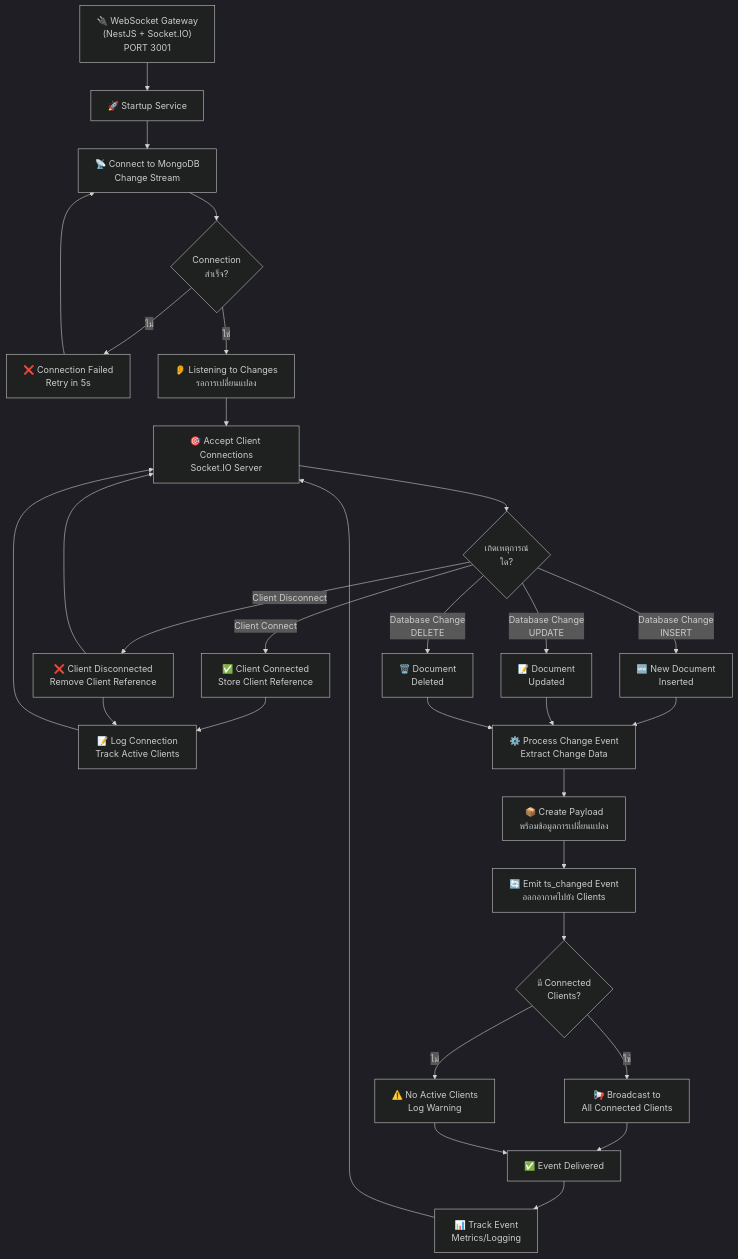
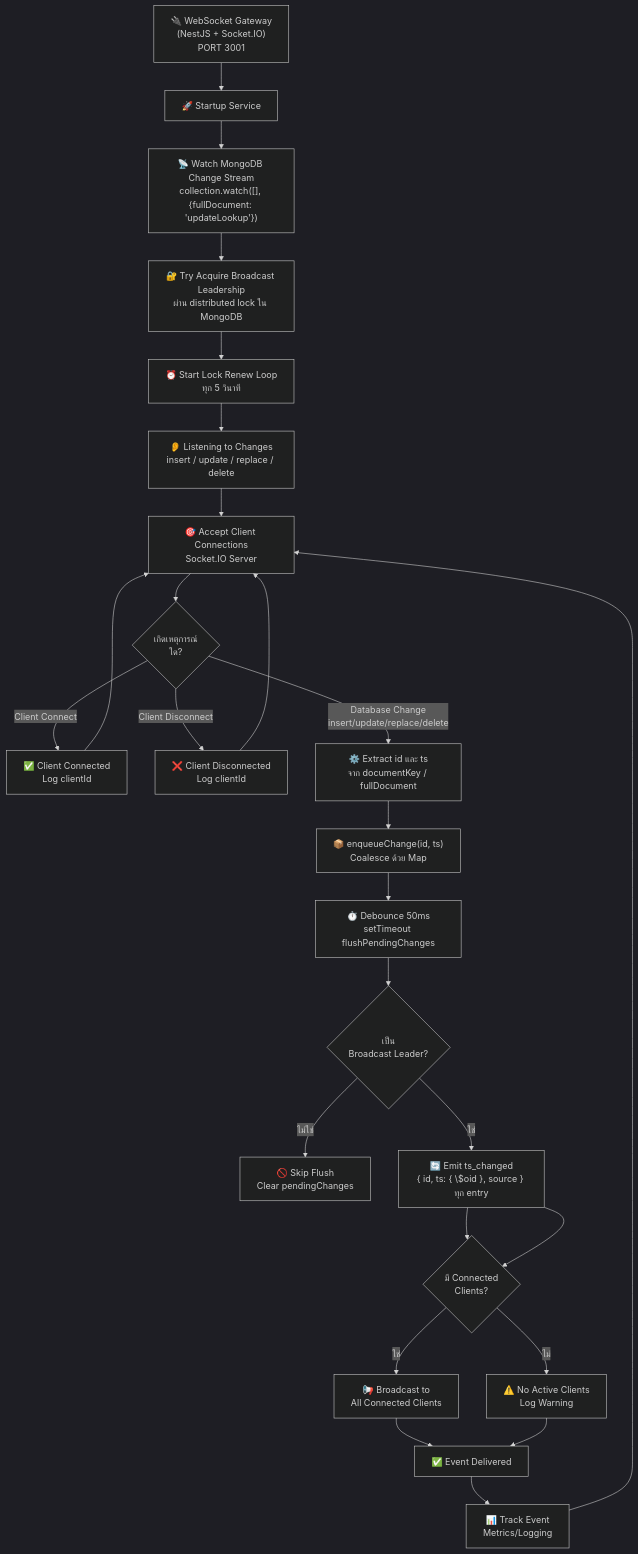
The second of 2 diagrams in websocket-gateway-service/ARCHITECTURE_DIAGRAMS.md (kanha-p-dev/realtime-event-system), drawn with Mermaid (dark theme) before and after one commit. The commit also changed other lines of this file and 6 other files, not shown here.

````diff
--- a/websocket-gateway-service/ARCHITECTURE_DIAGRAMS.md
+++ b/websocket-gateway-service/ARCHITECTURE_DIAGRAMS.md
@@ -57,44 +57,39 @@
 ```mermaid
 flowchart TD
     A["🔌 WebSocket Gateway<br/>(NestJS + Socket.IO)<br/>PORT 3001"] --> B["🚀 Startup Service"]
     
-    B --> C["📡 Connect to MongoDB<br/>Change Stream"]
-    C --> D{"Connection<br/>สำเร็จ?"}
-    
-    D -->|ไม่| E["❌ Connection Failed<br/>Retry in 5s"]
-    E --> C
-    
-    D -->|ใช่| F["👂 Listening to Changes<br/>รอการเปลี่ยนแปลง"]
+    B --> C["📡 Watch MongoDB Change Stream<br/>collection.watch([], {fullDocument: 'updateLookup'})"]
+    C --> D["🔐 Try Acquire Broadcast Leadership<br/>ผ่าน distributed lock ใน MongoDB"]
+    D --> E["⏰ Start Lock Renew Loop<br/>ทุก 5 วินาที"]
+    E --> F["👂 Listening to Changes<br/>insert / update / replace / delete"]
     
     F --> G["🎯 Accept Client Connections<br/>Socket.IO Server"]
     
     G --> H{"เกิดเหตุการณ์<br/>ใด?"}
     
-    H -->|Client Connect| I["✅ Client Connected<br/>Store Client Reference"]
-    I --> J["📝 Log Connection<br/>Track Active Clients"]
-    J --> G
+    H -->|Client Connect| I["✅ Client Connected<br/>Log clientId"]
+    I --> G
     
-    H -->|Client Disconnect| K["❌ Client Disconnected<br/>Remove Client Reference"]
-    K --> J
+    H -->|Client Disconnect| K["❌ Client Disconnected<br/>Log clientId"]
     K --> G
     
-    H -->|Database Change<br/>INSERT| L["🆕 New Document<br/>Inserted"]
-    H -->|Database Change<br/>UPDATE| M["📝 Document<br/>Updated"]
-    H -->|Database Change<br/>DELETE| N["🗑️ Document<br/>Deleted"]
+    H -->|Database Change<br/>insert/update/replace/delete| L["⚙️ Extract id และ ts<br/>จาก documentKey / fullDocument"]
     
-    L --> O["⚙️ Process Change Event<br/>Extract Change Data"]
-    M --> O
-    N --> O
+    L --> M["📦 enqueueChange(id, ts)<br/>Coalesce ด้วย Map"]
+    M --> N["⏱️ Debounce 50ms<br/>setTimeout flushPendingChanges"]
+    N --> O{"เป็น<br/>Broadcast Leader?"}
     
-    O --> P["📦 Create Payload<br/>พร้อมข้อมูลการเปลี่ยนแปลง"]
-    P --> Q["🔄 Emit ts_changed Event<br/>ออกอากาศไปยัง Clients"]
+    O -->|ไม่ใช่| P["🚫 Skip Flush<br/>Clear pendingChanges"]
+    O -->|ใช่| Q["🔄 Emit ts_changed<br/>{ id, ts: { \$oid }, source } ทุก entry"]
+    
+    Q --> R["📢 Broadcast to<br/>All Connected Clients"]
     
     Q --> R{"มี Connected<br/>Clients?"}
     R -->|ไม่| S["⚠️ No Active Clients<br/>Log Warning"]
     R -->|ใช่| T["📢 Broadcast to<br/>All Connected Clients"]
     
     T --> U["✅ Event Delivered"]
     S --> U
     U --> V["📊 Track Event<br/>Metrics/Logging"]
     V --> G
 ```
````
